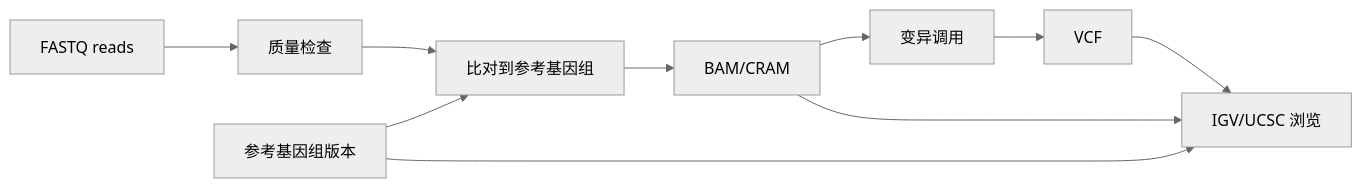
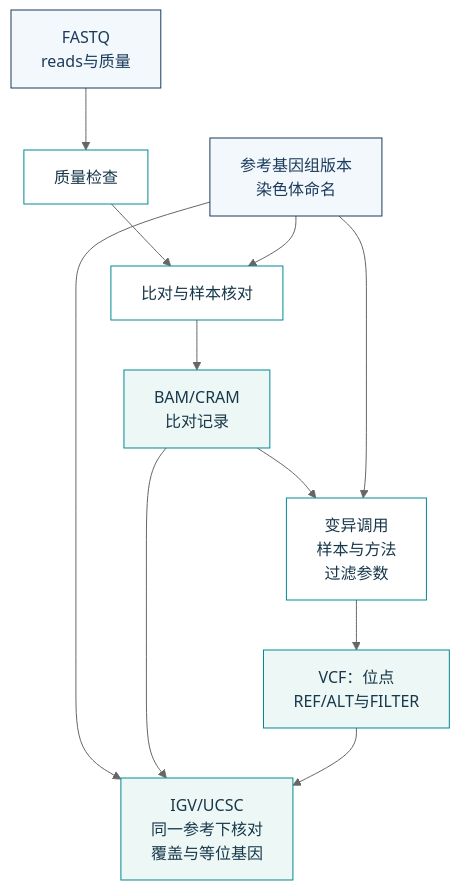
One commit to luvega/AI_MED_DataVis changed the third of 4 diagrams in docs/chapters/chapter-13/index.md. Above: the diagram before and after it, drawn with Mermaid (neutral theme). The commit also changed other lines of this file and 30 other files, not shown here.

Commit message:
Redraw textbook diagrams and correct data-flow relationships

````diff
--- a/docs/chapters/chapter-13/index.md
+++ b/docs/chapters/chapter-13/index.md
@@ -270,12 +296,21 @@
 ```mermaid
-flowchart LR
-  FQ["FASTQ reads"] --> QC["质量检查"]
-  QC --> ALN["比对到参考基因组"]
-  ALN --> BAM["BAM/CRAM"]
-  BAM --> CALL["变异调用"]
-  CALL --> VCF["VCF"]
-  REF["参考基因组版本"] --> ALN
-  REF --> VIEW["IGV/UCSC 浏览"]
+flowchart TB
+  FQ["FASTQ<br/>reads与质量"] --> QC["质量检查"]
+  QC --> ALN["比对与样本核对"]
+  REF["参考基因组版本<br/>染色体命名"] --> ALN
+  ALN --> BAM["BAM/CRAM<br/>比对记录"]
+  BAM --> CALL["变异调用<br/>样本与方法<br/>过滤参数"]
+  REF --> CALL
+  CALL --> VCF["VCF：位点<br/>REF/ALT与FILTER"]
+  REF --> VIEW["IGV/UCSC<br/>同一参考下核对<br/>覆盖与等位基因"]
   BAM --> VIEW
   VCF --> VIEW
+  class FQ,REF input;
+  class QC,ALN,CALL process;
+  class BAM,VCF,VIEW result;
+
+  classDef input fill:#F3F8FC,stroke:#1A3A5C,color:#1A3A5C;
+  classDef process fill:#FFFFFF,stroke:#008A95,color:#17374A;
+  classDef result fill:#EDF8F6,stroke:#008A95,color:#17374A;
+  classDef review fill:#FFF8EB,stroke:#B18B31,color:#17374A;
 ```
````
